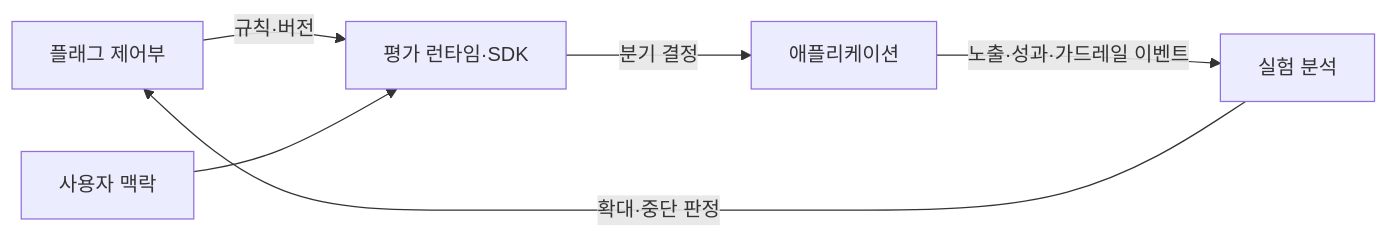
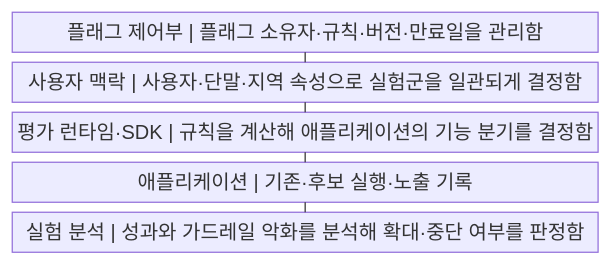
The first of 2 diagrams in src/content/docs/notes/03-software/220_feature_toggle_experimentation.md (agnusdei1207/knowledge-base), drawn with Mermaid before and after one commit. The commit also changed other lines of this file and 20 other files, not shown here.

````diff
--- a/src/content/docs/notes/03-software/220_feature_toggle_experimentation.md
+++ b/src/content/docs/notes/03-software/220_feature_toggle_experimentation.md
@@ -55,8 +55,13 @@
 ```mermaid
-flowchart LR
-    C[플래그 제어부] -->|규칙·버전| R[평가 런타임·SDK]
-    U[사용자 맥락] --> R
-    R -->|분기 결정| A[애플리케이션]
-    A -->|노출·성과·가드레일 이벤트| E[실험 분석]
-    E -->|확대·중단 판정| C
+block
+    columns 1
+    A["플래그 제어부 | 플래그 소유자·규칙·버전·만료일을 관리함"]
+    B["사용자 맥락 | 사용자·단말·지역 속성으로 실험군을 일관되게 결정함"]
+    C["평가 런타임·SDK | 규칙을 계산해 애플리케이션의 기능 분기를 결정함"]
+    D["애플리케이션 | 기존·후보 실행·노출 기록"]
+    E["실험 분석 | 성과와 가드레일 악화를 분석해 확대·중단 여부를 판정함"]
+    A --- B
+    B --- C
+    C --- D
+    D --- E
 ```
````
